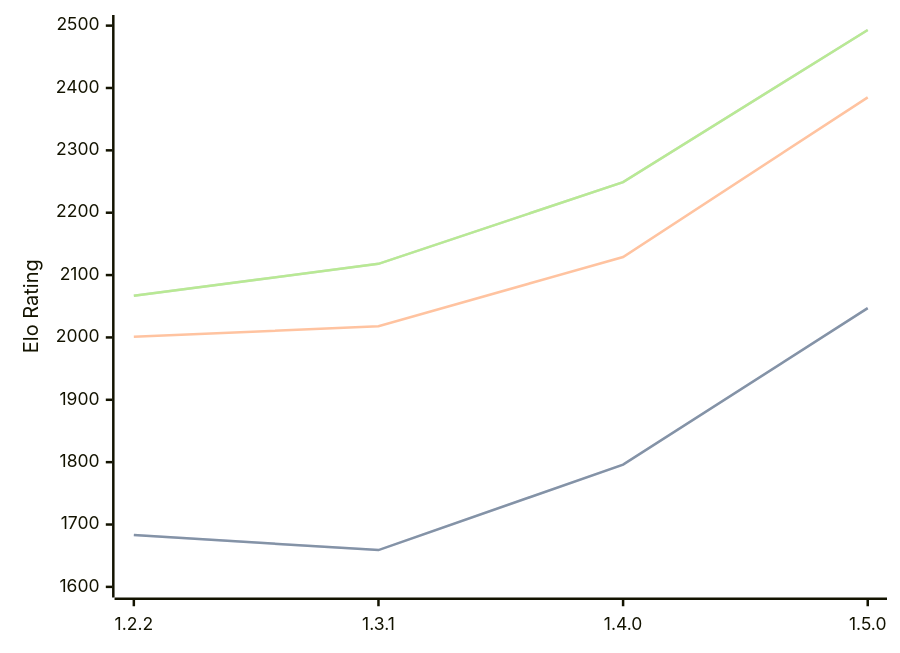
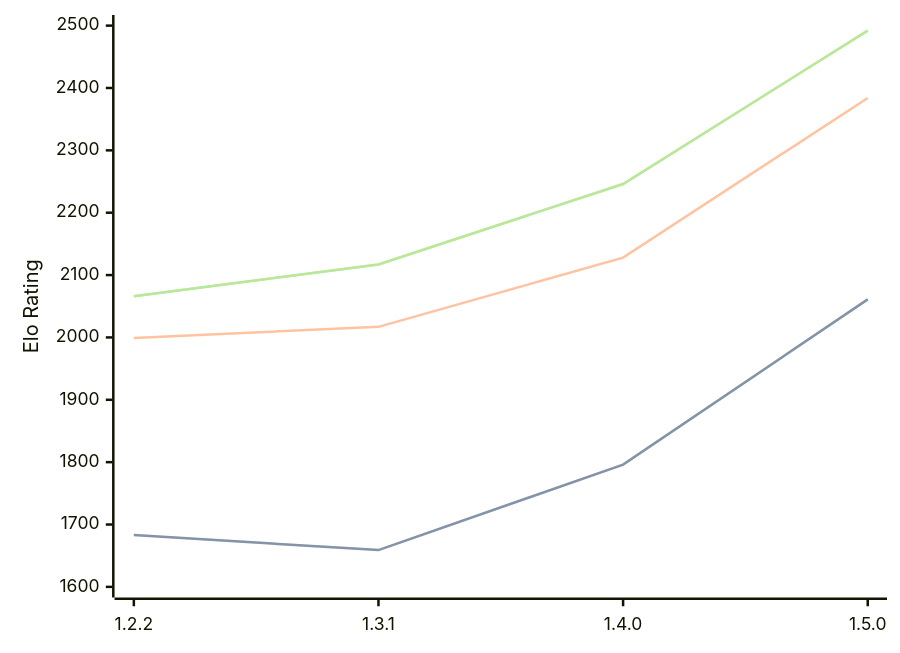
One commit to computer-chess-index/cci changed the diagram in engines/SoloEngine.md. Above: the diagram before and after it, drawn with Mermaid. The commit also changed other lines of this file, not shown here.

Commit message:
Update CCI Ratings (ELO VLTC) - 2026-03-12

````diff
--- a/engines/SoloEngine.md
+++ b/engines/SoloEngine.md
@@ -32,11 +32,11 @@
 ```mermaid
 %%{init: {"theme":"base","themeVariables":{"seriesColors:['#a3a3a3','#222221','#faa371']}}}%%
 xychart-beta
   x-axis ["1.2.2", "1.3.1", "1.4.0", "1.5.0"]
   y-axis "Elo Rating" 1600 --> 2500
-  line "STC (8.0+0.08s)" [1683, 1659, 1796, 2047]
-  line "STC (8.0+0.08s)" [1683, 1659, 1796, 2047]
-  line "LTC (60.0+0.60s)" [2001, 2018, 2129, 2385]
-  line "VLTC (2m24s+1.12s)" [2067, 2118, 2249, 2493]
-  line "VLTC (2m24s+1.12s)" [2067, 2118, 2249, 2493]
+  line "STC (8.0+0.08s)" [1683, 1659, 1796, 2061]
+  line "STC (8.0+0.08s)" [1683, 1659, 1796, 2061]
+  line "LTC (60.0+0.60s)" [1999, 2017, 2128, 2384]
+  line "VLTC (2m24s+1.12s)" [2066, 2117, 2246, 2492]
+  line "VLTC (2m24s+1.12s)" [2066, 2117, 2246, 2492]
 ```
````
